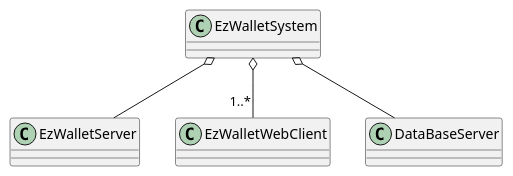
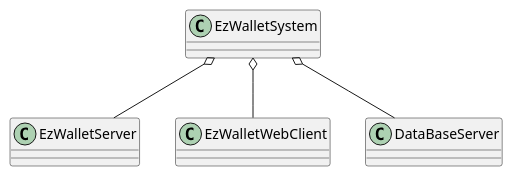
The fourth of 5 diagrams in RequirementsDocumentV2.md (lara-m2000/ezwallet), drawn with PlantUML before and after one commit.

Commit message:
docs: updated system design

````diff
--- a/RequirementsDocumentV2.md
+++ b/RequirementsDocumentV2.md
@@ -644,14 +644,14 @@
 ```plantuml
 @startuml
 
 class EzWalletSystem
 class EzWalletServer
 class EzWalletWebClient
 
 EzWalletSystem o-- EzWalletServer
 EzWalletSystem o-- DataBaseServer
-EzWalletSystem o-- "1..*" EzWalletWebClient
+EzWalletSystem o-- EzWalletWebClient
 
 
 @enduml
 ```
````
